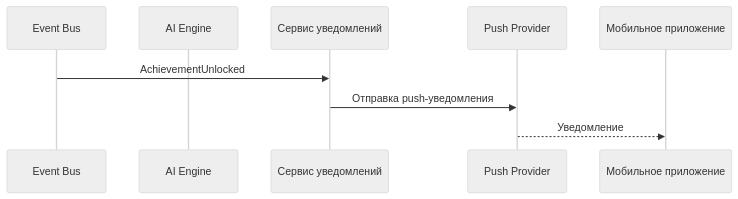
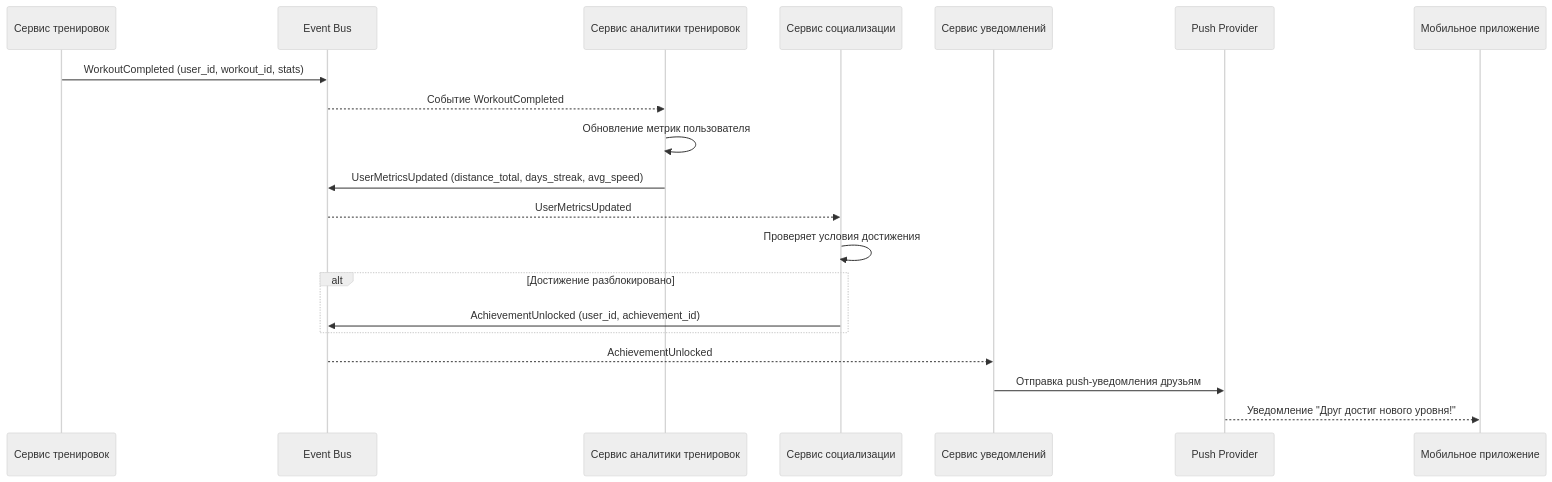
Before and after one commit to andreyantropov/architect-coursework: the diagram in architecture/application-usage-scenarios/achievments-push-notifications.md, drawn with Mermaid (neutral theme). The commit also changed other lines of this file and 17 other files, not shown here.

````diff
--- a/architecture/application-usage-scenarios/achievments-push-notifications.md
+++ b/architecture/application-usage-scenarios/achievments-push-notifications.md
@@ -3,12 +3,25 @@
 ```mermaid
 sequenceDiagram
+    participant W as Сервис тренировок
     participant E as Event Bus
-    participant AI as AI Engine
+    participant A as Сервис аналитики тренировок
+    participant SG as Сервис социализации
     participant N as Сервис уведомлений
     participant P as Push Provider
     participant M as Мобильное приложение
 
-    E->>N: AchievementUnlocked
-    N->>P: Отправка push-уведомления
-    P-->>M: Уведомление
+    W->>E: WorkoutCompleted (user_id, workout_id, stats)
+    E-->>A: Событие WorkoutCompleted
+    A->>A: Обновление метрик пользователя
+    A->>E: UserMetricsUpdated (distance_total, days_streak, avg_speed)
+
+    E-->>SG: UserMetricsUpdated
+    SG->>SG: Проверяет условия достижения
+    alt Достижение разблокировано
+        SG->>E: AchievementUnlocked (user_id, achievement_id)
+    end
+
+    E-->>N: AchievementUnlocked
+    N->>P: Отправка push-уведомления друзьям
+    P-->>M: Уведомление "Друг достиг нового уровня!"
 ```
````
